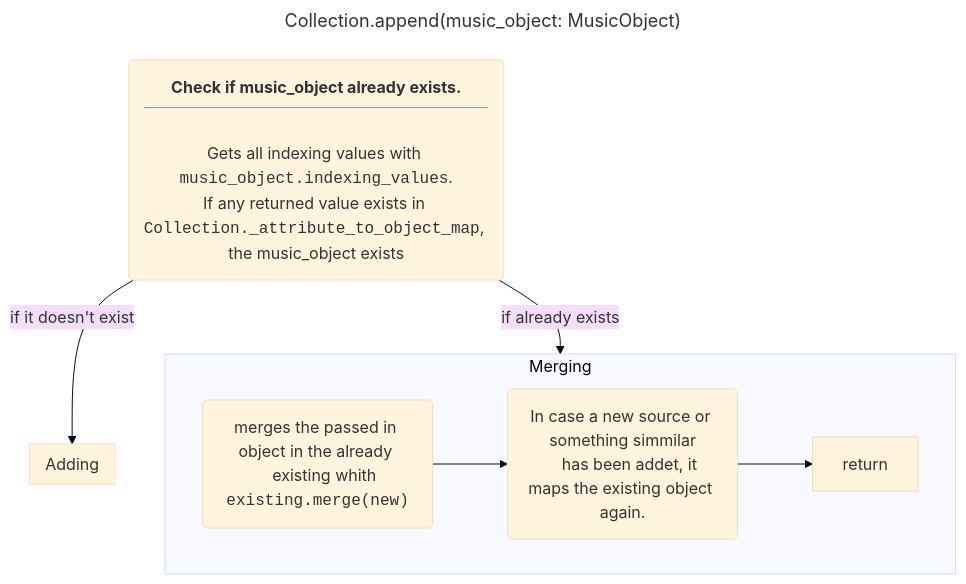
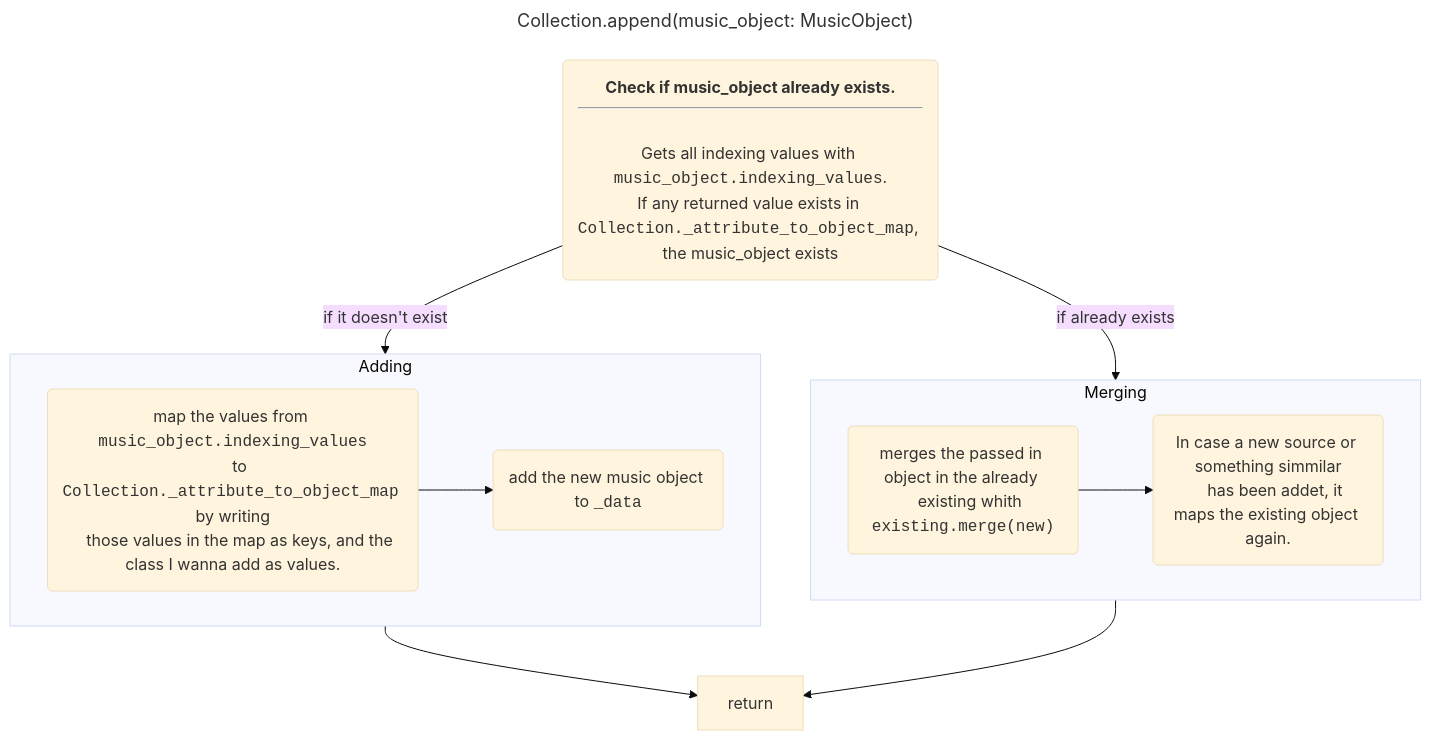
One commit to HeIIow2/music-downloader changed the fourth of 4 diagrams in README.md. Above: the diagram before and after it, drawn with Mermaid (base theme). The commit also changed other lines of this file, not shown here.

````diff
--- a/README.md
+++ b/README.md
@@ -301,35 +301,42 @@
 ```mermaid
 ---
 title: "Collection.append(music_object: MusicObject)"
 ---
 flowchart TD
     exist("""
 <b>Check if music_object already exists.</b>
 <hr>
 Gets all indexing values with <code>music_object.indexing_values</code>.
 If any returned value exists in <code>Collection._attribute_to_object_map</code>, 
 the music_object exists
     """)
 
     subgraph merge["Merging"]
 
     _merge("""merges the passed in object in the already 
     existing whith <code>existing.merge(new)</code>""")
 
     _map("""In case a new source or something simmilar
     has been addet, it maps the existing object again.
     """)
 
-    return
-
-    _merge --> _map --> return
+    _merge --> _map
 
     end
 
     subgraph add["Adding"]
 
+    __map("""map the values from <code>music_object.indexing_values</code>
+    to <code>Collection._attribute_to_object_map</code> by writing
+    those values in the map as keys, and the class I wanna add as values.
+    """)
+
+    _add("""add the new music object to <code>_data</code>""")
+
+    __map --> _add 
+
     end
 
-    exist-->|"if it doesn't exist"|add
-    exist-->|"if already exists"|merge
+    exist-->|"if it doesn't exist"|add --> return
+    exist-->|"if already exists"|merge --> return
 ```
````
